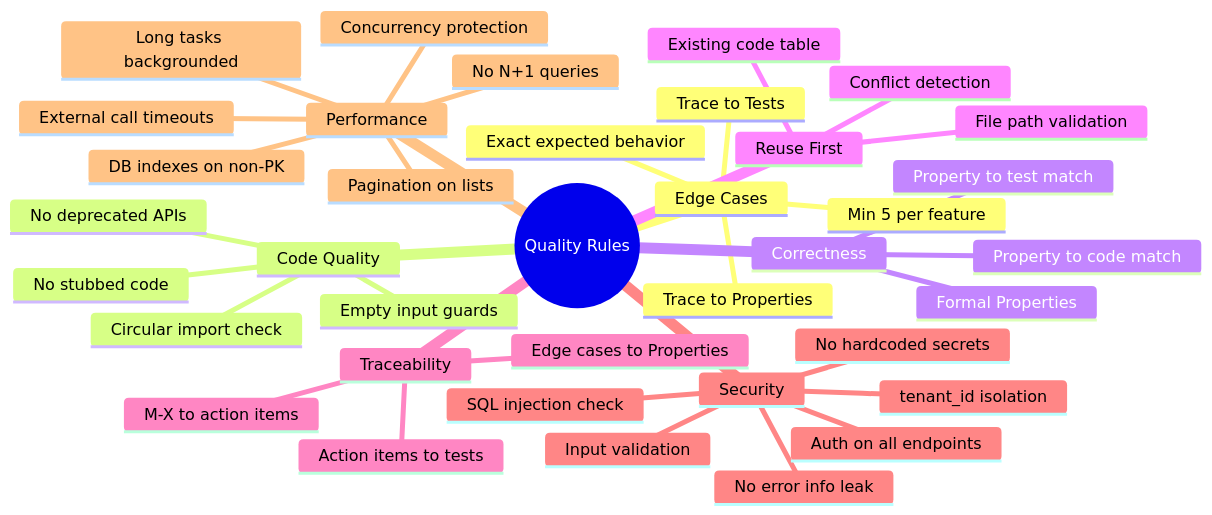
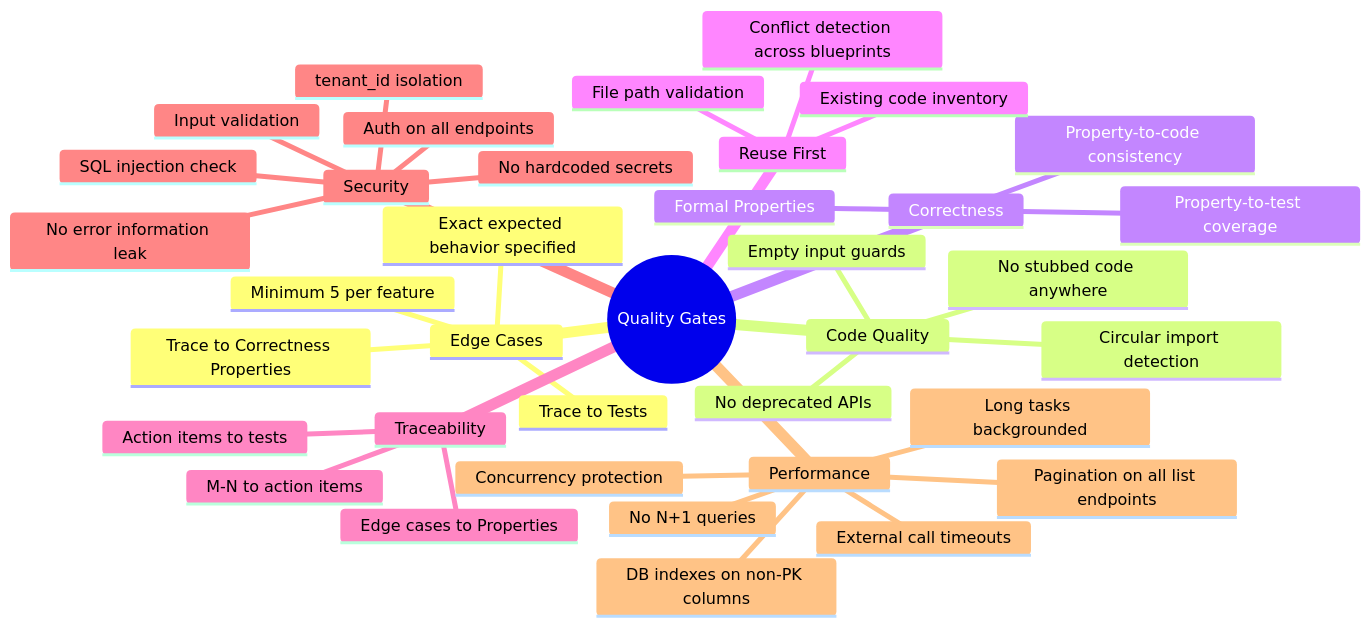
The fifth of 7 diagrams in README.md (NHadi/AmanahAgent.Blueprint.Skills), drawn with Mermaid before and after one commit. The commit also changed other lines of this file, not shown here.

````diff
--- a/README.md
+++ b/README.md
@@ -581,40 +328,40 @@
 ```mermaid
 mindmap
-  root((Quality Rules))
+  root((Quality Gates))
     Edge Cases
-      Min 5 per feature
-      Exact expected behavior
-      Trace to Properties
+      Minimum 5 per feature
+      Exact expected behavior specified
+      Trace to Correctness Properties
       Trace to Tests
     Code Quality
-      No stubbed code
+      No stubbed code anywhere
       No deprecated APIs
       Empty input guards
-      Circular import check
+      Circular import detection
     Correctness
       Formal Properties
-      Property to code match
-      Property to test match
+      Property-to-code consistency
+      Property-to-test coverage
     Reuse First
-      Existing code table
+      Existing code inventory
       File path validation
-      Conflict detection
+      Conflict detection across blueprints
     Traceability
-      M-X to action items
+      M-N to action items
       Action items to tests
       Edge cases to Properties
     Security
       SQL injection check
       Auth on all endpoints
       Input validation
       No hardcoded secrets
       tenant_id isolation
-      No error info leak
+      No error information leak
     Performance
-      DB indexes on non-PK
+      DB indexes on non-PK columns
       No N+1 queries
       Long tasks backgrounded
       External call timeouts
       Concurrency protection
-      Pagination on lists
+      Pagination on all list endpoints
 ```
````
